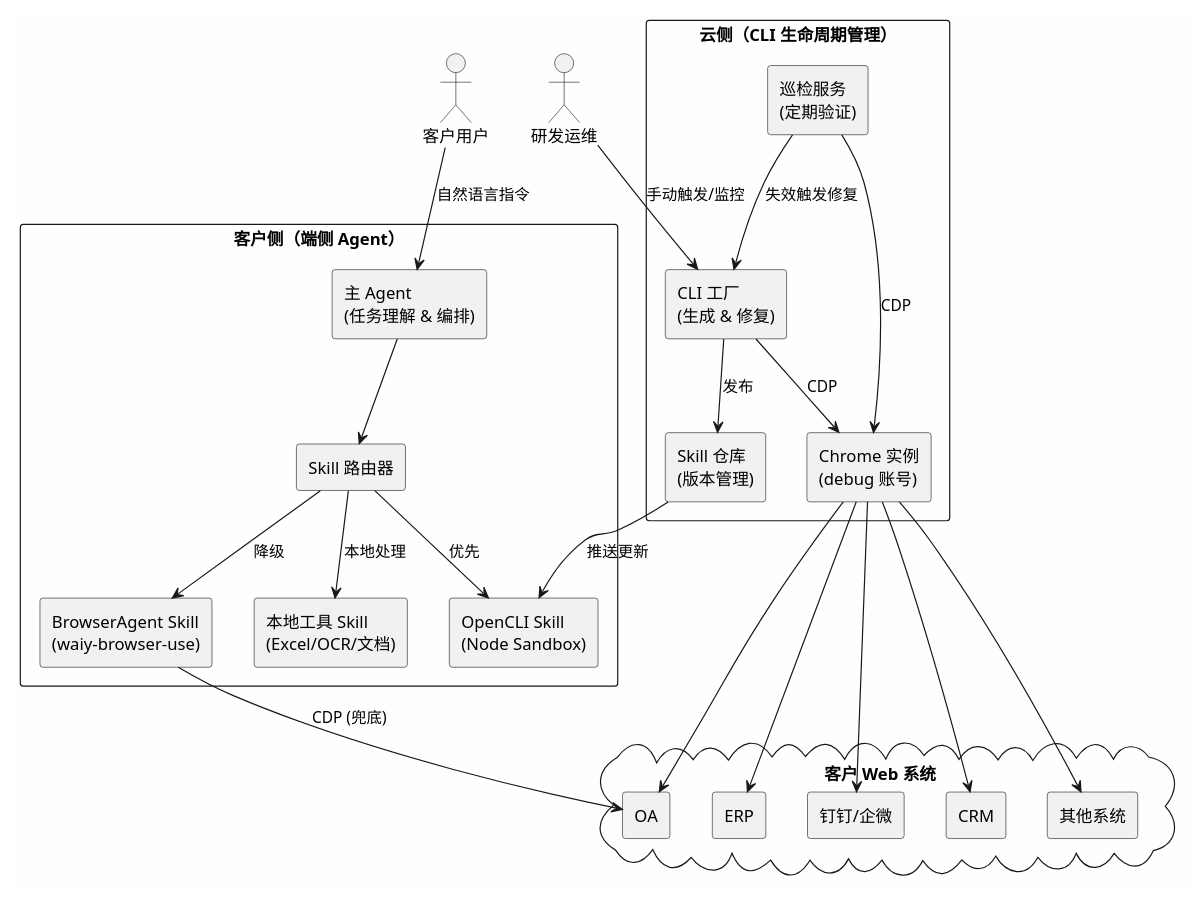
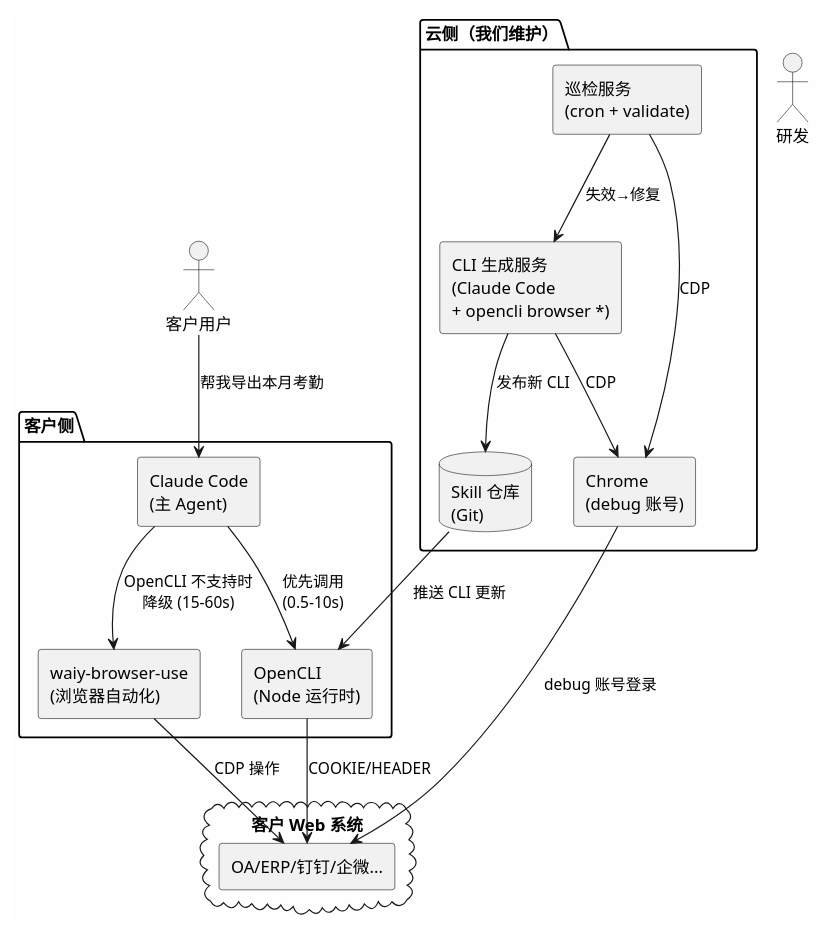
Before and after one commit to shadow-cyan/OpenCLI: the first of 3 diagrams in doc/office-automation-architecture.md, drawn with PlantUML. The commit also changed other lines of this file, not shown here.

````diff
--- a/doc/office-automation-architecture.md
+++ b/doc/office-automation-architecture.md
@@ -30,57 +115,41 @@
 ```plantuml
 @startuml
-skinparam packageStyle rectangle
 skinparam componentStyle rectangle
 skinparam backgroundColor #FEFEFE
 
-together {
-  actor "客户用户" as User
-  actor "研发运维" as Dev
+actor "客户用户" as User
+actor "研发" as Dev
+
+package "客户侧" {
+  [Claude Code\n(主 Agent)] as CC
+  [OpenCLI\n(Node 运行时)] as OC
+  [waiy-browser-use\n(浏览器自动化)] as BU
+
+  CC --> OC : 优先调用\n(0.5-10s)
+  CC --> BU : OpenCLI 不支持时\n降级 (15-60s)
 }
 
-package "客户侧（端侧 Agent）" {
-  [主 Agent\n(任务理解 & 编排)] as MainAgent
-  [OpenCLI Skill\n(Node Sandbox)] as CLISkill
-  [BrowserAgent Skill\n(waiy-browser-use)] as BASkill
-  [本地工具 Skill\n(Excel/OCR/文档)] as LocalSkill
-  [Skill 路由器] as Router
-
-  MainAgent --> Router
-  Router --> CLISkill : 优先
-  Router --> BASkill : 降级
-  Router --> LocalSkill : 本地处理
-}
-
-package "云侧（CLI 生命周期管理）" {
-  [CLI 工厂\n(生成 & 修复)] as Factory
-  [巡检服务\n(定期验证)] as Patrol
-  [Skill 仓库\n(版本管理)] as SkillRepo
-  [Chrome 实例\n(debug 账号)] as Chrome
+package "云侧（我们维护）" {
+  [CLI 生成服务\n(Claude Code\n+ opencli browser *)] as Factory
+  [巡检服务\n(cron + validate)] as Patrol
+  database "Skill 仓库\n(Git)" as Repo
+  [Chrome\n(debug 账号)] as Chrome
 
   Factory --> Chrome : CDP
   Patrol --> Chrome : CDP
-  Factory --> SkillRepo : 发布
-  Patrol --> Factory : 失效触发修复
+  Factory --> Repo : 发布新 CLI
+  Patrol --> Factory : 失效→修复
 }
 
 cloud "客户 Web 系统" {
-  [OA] as OA
-  [ERP] as ERP
-  [钉钉/企微] as IM
-  [CRM] as CRM
-  [其他系统] as Other
+  [OA/ERP/钉钉/企微...] as WebSys
 }
 
-SkillRepo --> CLISkill : 推送更新
-Chrome --> OA
-Chrome --> ERP
-Chrome --> IM
-Chrome --> CRM
-Chrome --> Other
-
-User --> MainAgent : 自然语言指令
-Dev --> Factory : 手动触发/监控
-BASkill --> OA : CDP (兜底)
+User --> CC : "帮我导出本月考勤"
+Repo --> OC : 推送 CLI 更新
+OC --> WebSys : COOKIE/HEADER
+BU --> WebSys : CDP 操作
+Chrome --> WebSys : debug 账号登录
 
 @enduml
 ```
````
